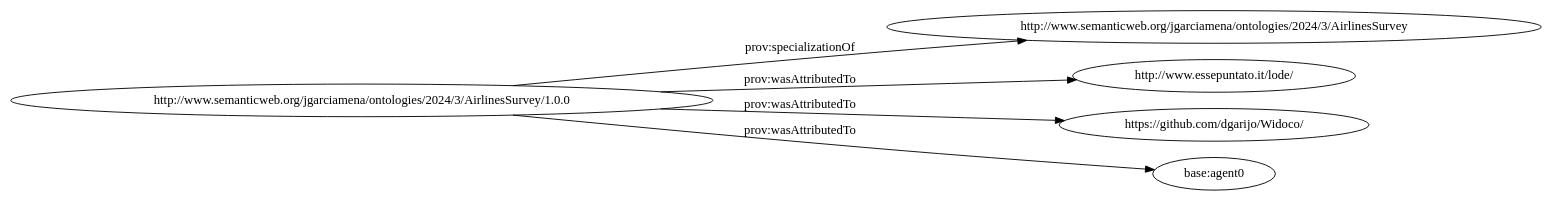
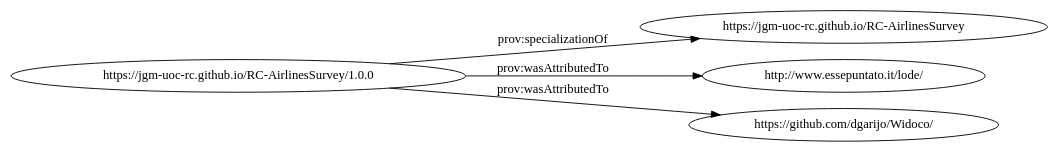
Before and after one commit to jgm-uoc-rc/RC-AirlinesSurvey: the diagram in OnToology/provenance/provenance-en.ttl/diagrams/ar2dtool-class/provenance-en.ttl.png.dot, drawn with Graphviz. The commit also changed 35 other files, not shown here.

```diff
--- a/OnToology/provenance/provenance-en.ttl/diagrams/ar2dtool-class/provenance-en.ttl.png.dot
+++ b/OnToology/provenance/provenance-en.ttl/diagrams/ar2dtool-class/provenance-en.ttl.png.dot
@@ -1,9 +1,8 @@
 digraph ar2dtool_diagram { 
 rankdir=LR;
 size="1501"
-	"http://www.semanticweb.org/jgarciamena/ontologies/2024/3/AirlinesSurvey/1.0.0" -> "http://www.semanticweb.org/jgarciamena/ontologies/2024/3/AirlinesSurvey" [ label = "prov:specializationOf" ];
-	"http://www.semanticweb.org/jgarciamena/ontologies/2024/3/AirlinesSurvey/1.0.0" -> "http://www.essepuntato.it/lode/" [ label = "prov:wasAttributedTo" ];
-	"http://www.semanticweb.org/jgarciamena/ontologies/2024/3/AirlinesSurvey/1.0.0" -> "https://github.com/dgarijo/Widoco/" [ label = "prov:wasAttributedTo" ];
-	"http://www.semanticweb.org/jgarciamena/ontologies/2024/3/AirlinesSurvey/1.0.0" -> "base:agent0" [ label = "prov:wasAttributedTo" ];
+	"https://jgm-uoc-rc.github.io/RC-AirlinesSurvey/1.0.0" -> "https://jgm-uoc-rc.github.io/RC-AirlinesSurvey" [ label = "prov:specializationOf" ];
+	"https://jgm-uoc-rc.github.io/RC-AirlinesSurvey/1.0.0" -> "http://www.essepuntato.it/lode/" [ label = "prov:wasAttributedTo" ];
+	"https://jgm-uoc-rc.github.io/RC-AirlinesSurvey/1.0.0" -> "https://github.com/dgarijo/Widoco/" [ label = "prov:wasAttributedTo" ];
 
 }
```
